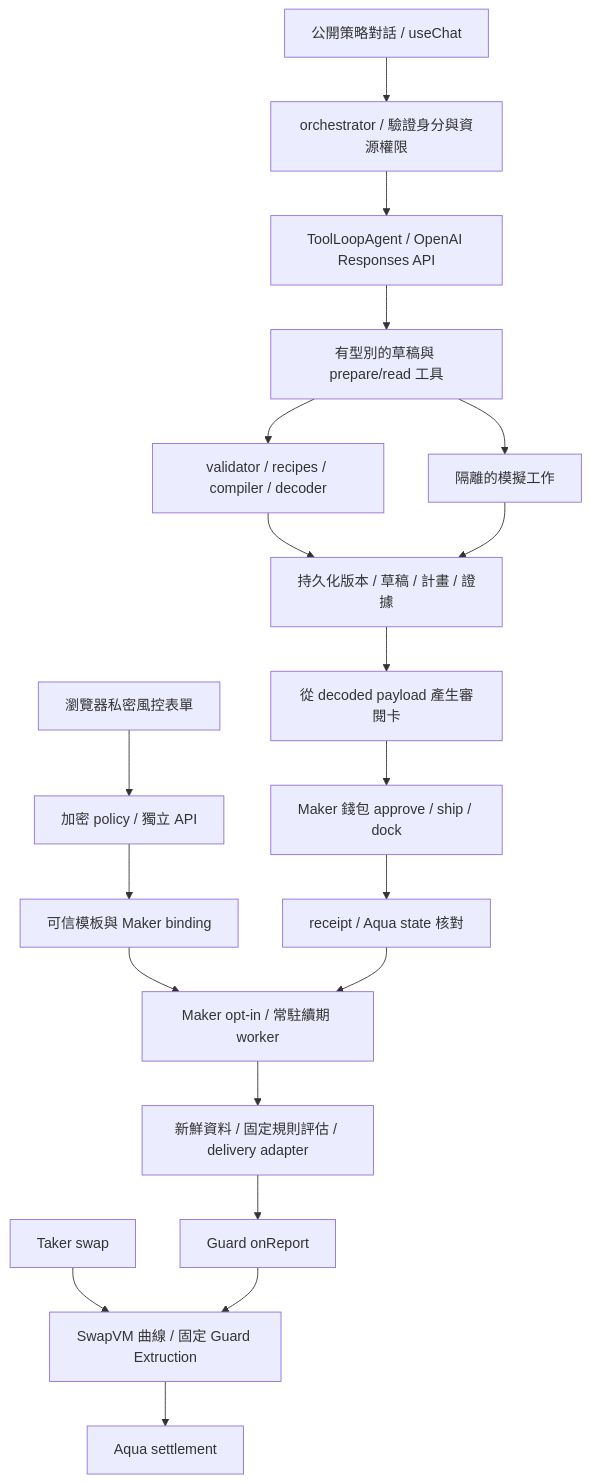
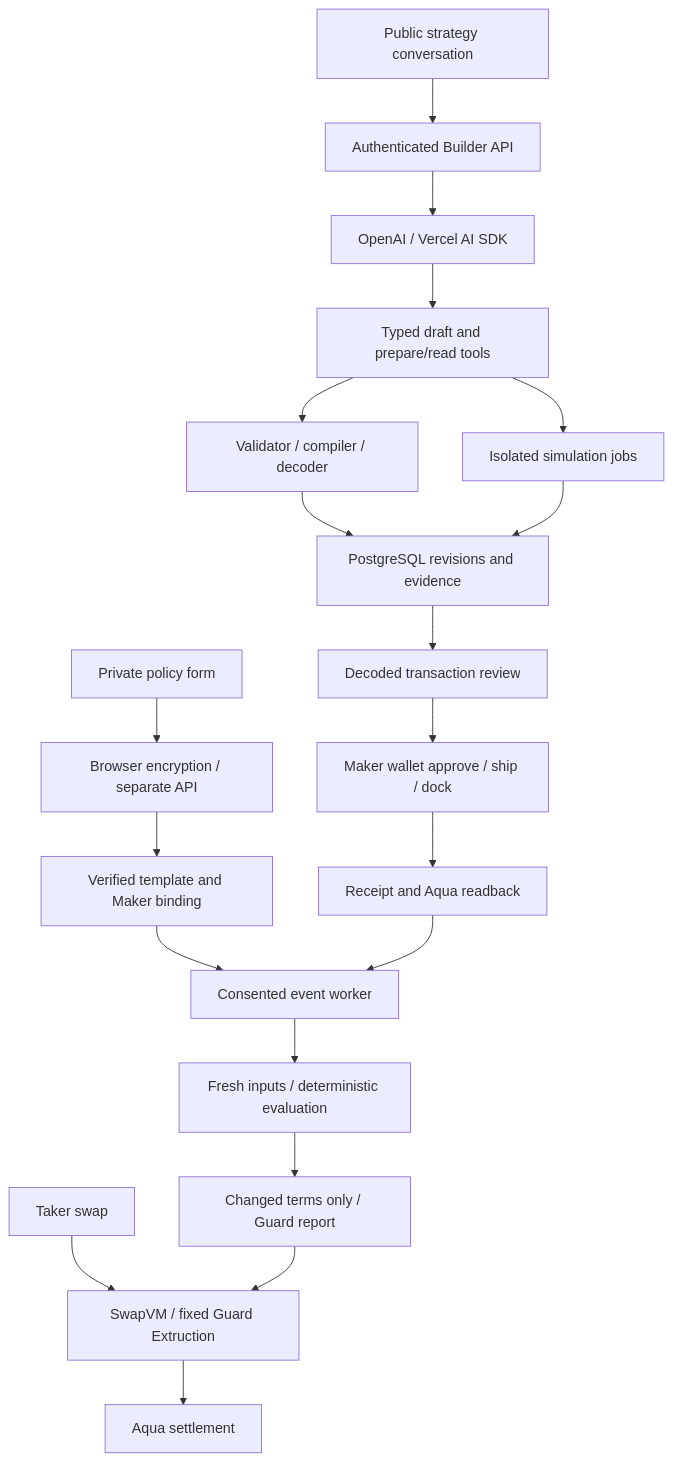
Before and after one commit to pintoolx/market-making: the diagram in docs/SWAPVM-BUILDER-AI-IMPLEMENTATION.md, drawn with Mermaid. The commit also changed other lines of this file and 14 other files, not shown here.

Commit message:
Consolidate English Builder docs and enforce repository copy policy

````diff
--- a/docs/SWAPVM-BUILDER-AI-IMPLEMENTATION.md
+++ b/docs/SWAPVM-BUILDER-AI-IMPLEMENTATION.md
@@ -17,22 +9,22 @@
 ```mermaid
 flowchart TD
-  Chat[公開策略對話 / useChat] --> API[orchestrator / 驗證身分與資源權限]
-  API --> Agent[ToolLoopAgent / OpenAI Responses API]
-  Agent --> Tools[有型別的草稿與 prepare/read 工具]
-  Tools --> Core[validator / recipes / compiler / decoder]
-  Tools --> Jobs[隔離的模擬工作]
-  Core --> DB[持久化版本 / 草稿 / 計畫 / 證據]
+  Chat[Public strategy conversation] --> API[Authenticated Builder API]
+  API --> Agent[OpenAI / Vercel AI SDK]
+  Agent --> Tools[Typed draft and prepare/read tools]
+  Tools --> Core[Validator / compiler / decoder]
+  Tools --> Jobs[Isolated simulation jobs]
+  Core --> DB[PostgreSQL revisions and evidence]
   Jobs --> DB
-  Private[瀏覽器私密風控表單] --> Sealed[加密 policy / 獨立 API]
-  Sealed --> Binding[可信模板與 Maker binding]
-  DB --> Review[從 decoded payload 產生審閱卡]
-  Review --> Wallet[Maker 錢包 approve / ship / dock]
-  Wallet --> Receipt[receipt / Aqua state 核對]
-  Binding --> Renewal[Maker opt-in / 常駐續期 worker]
-  Receipt --> Renewal
-  Renewal --> Workflow[新鮮資料 / 固定規則評估 / delivery adapter]
-  Workflow --> Guard[Guard onReport]
-  Taker[Taker swap] --> VM[SwapVM 曲線 / 固定 Guard Extruction]
+  Private[Private policy form] --> Sealed[Browser encryption / separate API]
+  Sealed --> Binding[Verified template and Maker binding]
+  DB --> Review[Decoded transaction review]
+  Review --> Wallet[Maker wallet approve / ship / dock]
+  Wallet --> Receipt[Receipt and Aqua readback]
+  Binding --> Worker[Consented event worker]
+  Receipt --> Worker
+  Worker --> CRE[Fresh inputs / deterministic evaluation]
+  CRE --> Guard[Changed terms only / Guard report]
+  Taker[Taker swap] --> VM[SwapVM / fixed Guard Extruction]
   Guard --> VM
   VM --> Aqua[Aqua settlement]
 ```
````
